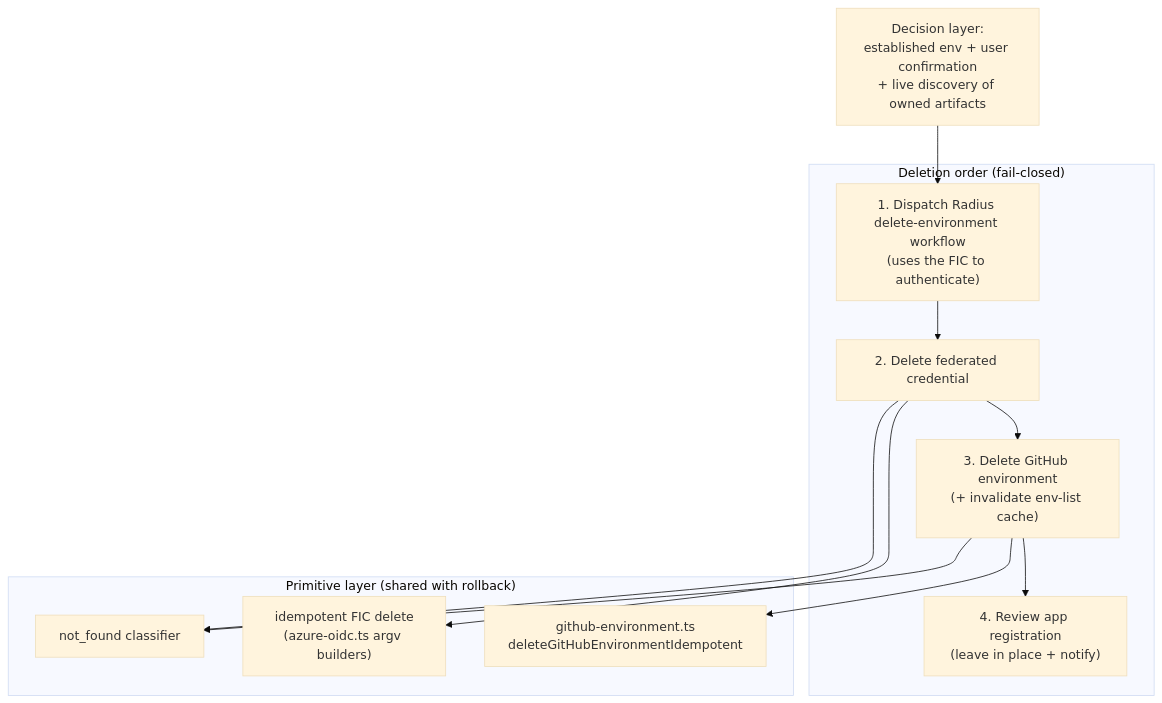
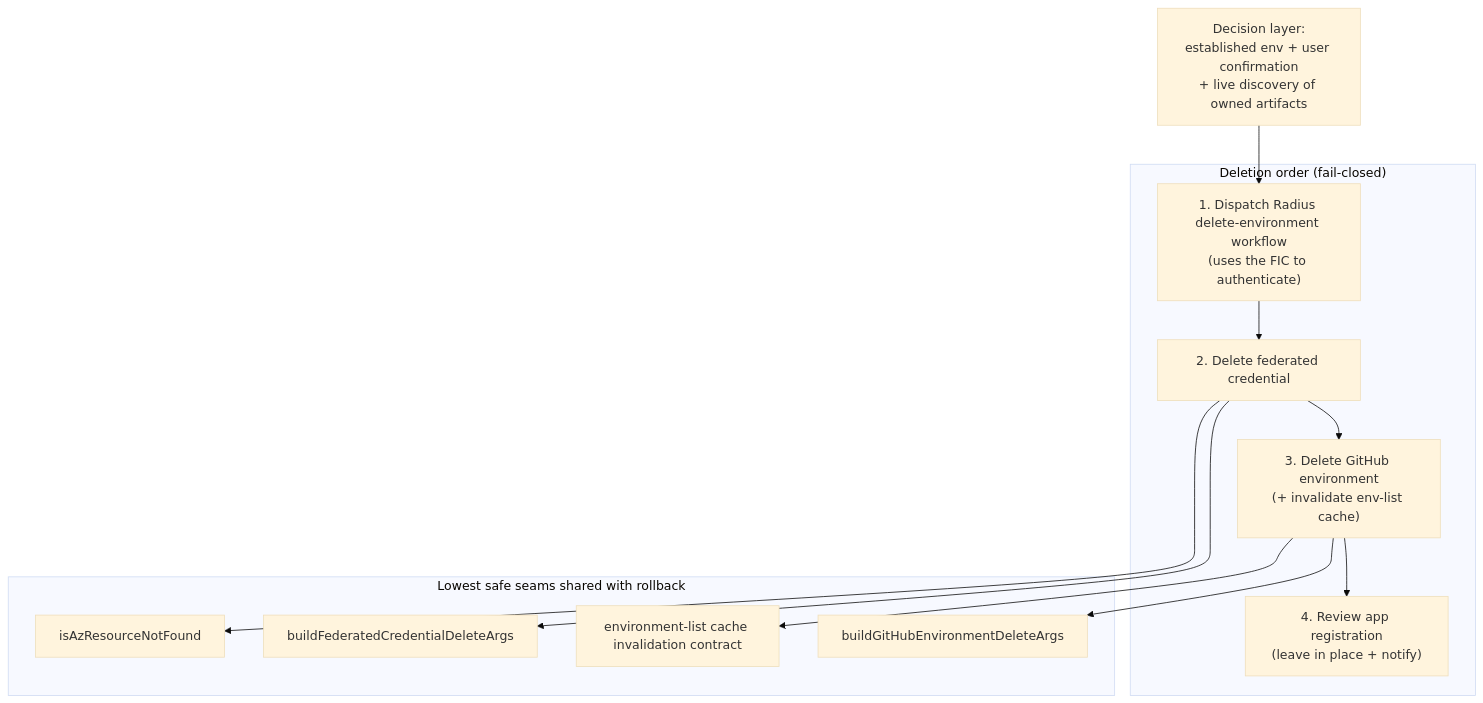
The first of 2 diagrams in docs/design/2026-08-environment-deletion-cloud-cleanup.md (radius-project/ai-extensions), drawn with Mermaid (base theme) before and after one commit. The commit also changed other lines of this file and 3 other files, not shown here.

````diff
--- a/docs/design/2026-08-environment-deletion-cloud-cleanup.md
+++ b/docs/design/2026-08-environment-deletion-cloud-cleanup.md
@@ -115,20 +110,21 @@
 ```mermaid
 graph TD
   Confirm["Decision layer:<br/>established env + user confirmation<br/>+ live discovery of owned artifacts"]
   subgraph Order["Deletion order (fail-closed)"]
     S1["1. Dispatch Radius delete-environment workflow<br/>(uses the FIC to authenticate)"]
     S2["2. Delete federated credential"]
     S3["3. Delete GitHub environment<br/>(+ invalidate env-list cache)"]
     S4["4. Review app registration<br/>(leave in place + notify)"]
   end
-  subgraph Prim["Primitive layer (shared with rollback)"]
-    GHEnv["github-environment.ts<br/>deleteGitHubEnvironmentIdempotent"]
-    Az["idempotent FIC delete<br/>(azure-oidc.ts argv builders)"]
-    NotFound["not_found classifier"]
+  subgraph Shared["Lowest safe seams shared with rollback"]
+    GHArgs["buildGitHubEnvironmentDeleteArgs"]
+    AzArgs["buildFederatedCredentialDeleteArgs"]
+    AzNotFound["isAzResourceNotFound"]
+    Cache["environment-list cache invalidation contract"]
   end
   Confirm --> S1 --> S2 --> S3 --> S4
-  S2 --> Az
-  S3 --> GHEnv
-  S2 --> NotFound
-  S3 --> NotFound
+  S2 --> AzArgs
+  S2 --> AzNotFound
+  S3 --> GHArgs
+  S3 --> Cache
 ```
````
